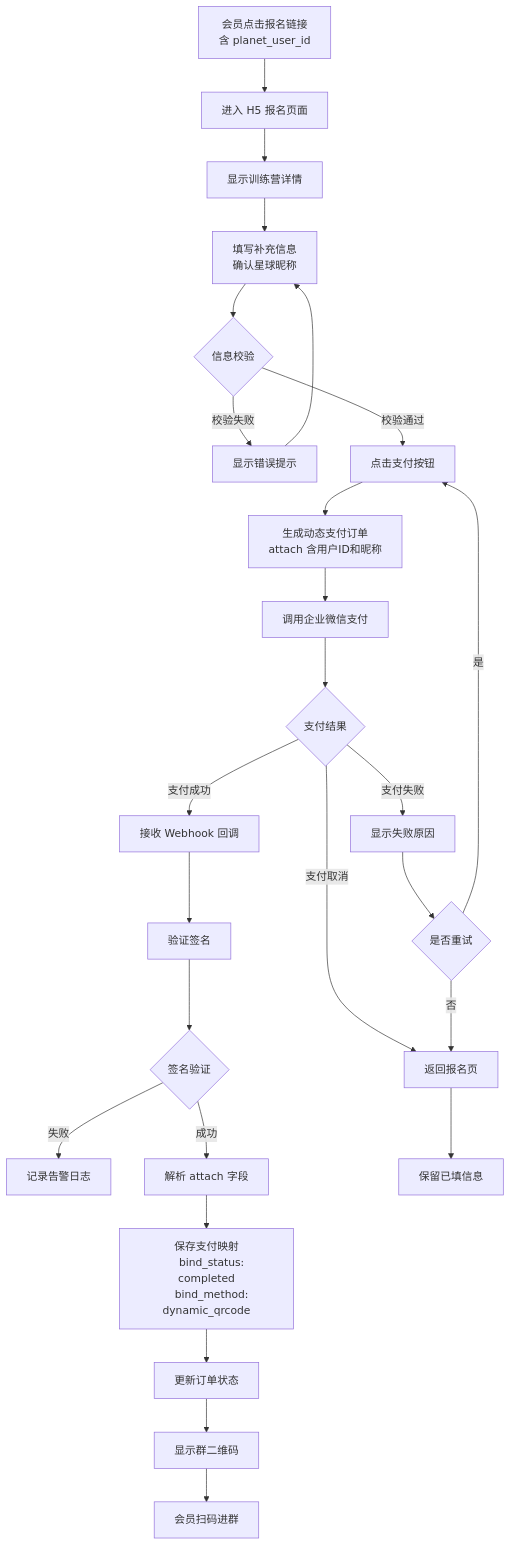
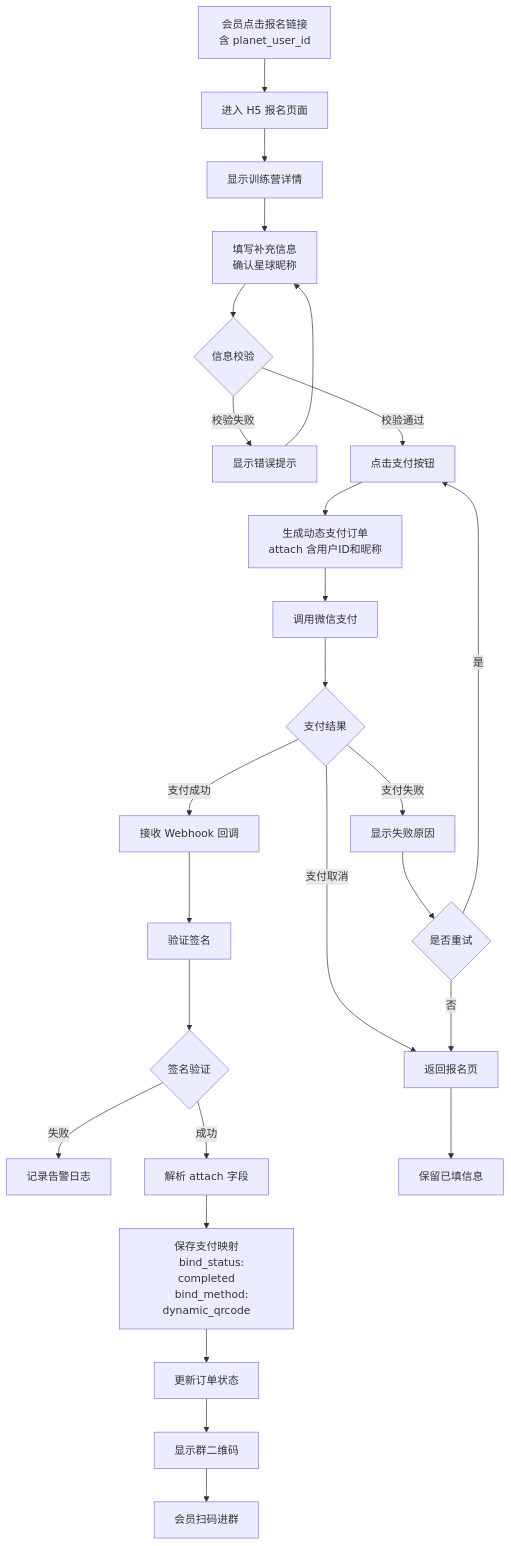
Before and after one commit to yiancode/AutoDepositRefundAgent: the third of 16 diagrams in docs/v1/diagrams/业务流程图.md, drawn with Mermaid. The commit also changed other lines of this file and 11 other files, not shown here.

````diff
--- a/docs/v1/diagrams/业务流程图.md
+++ b/docs/v1/diagrams/业务流程图.md
@@ -74,40 +74,40 @@
 ```mermaid
 flowchart TD
     A["会员点击报名链接
     含 planet_user_id"] --> B[进入 H5 报名页面]
     B --> C[显示训练营详情]
     C --> D["填写补充信息
     确认星球昵称"]
 
     D --> E{信息校验}
     E -->|校验失败| F[显示错误提示]
     F --> D
 
     E -->|校验通过| G[点击支付按钮]
     G --> H["生成动态支付订单
     attach 含用户ID和昵称"]
-    H --> I[调用企业微信支付]
+    H --> I[调用微信支付]
 
     I --> J{支付结果}
     J -->|支付成功| K[接收 Webhook 回调]
     J -->|支付取消| L[返回报名页]
     J -->|支付失败| M[显示失败原因]
 
     K --> N[验证签名]
     N --> O{签名验证}
     O -->|失败| P[记录告警日志]
     O -->|成功| Q[解析 attach 字段]
 
     Q --> R["保存支付映射
     bind_status: completed
     bind_method: dynamic_qrcode"]
     R --> S[更新订单状态]
     S --> T[显示群二维码]
     T --> U[会员扫码进群]
 
     M --> V{是否重试}
     V -->|是| G
     V -->|否| L
 
     L --> W[保留已填信息]
 ```
````
